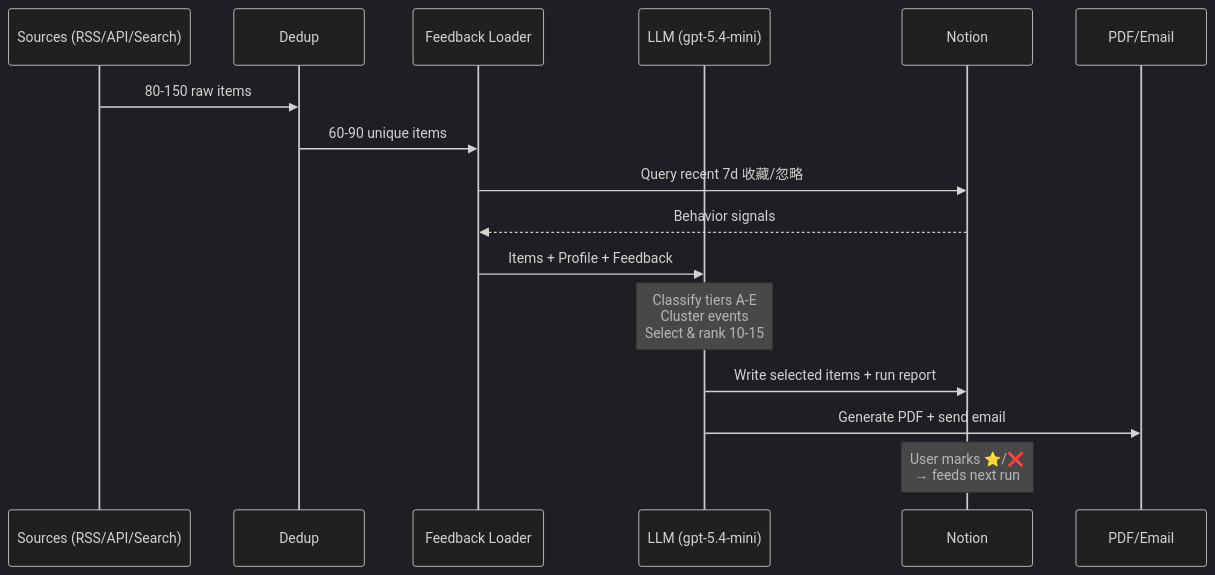
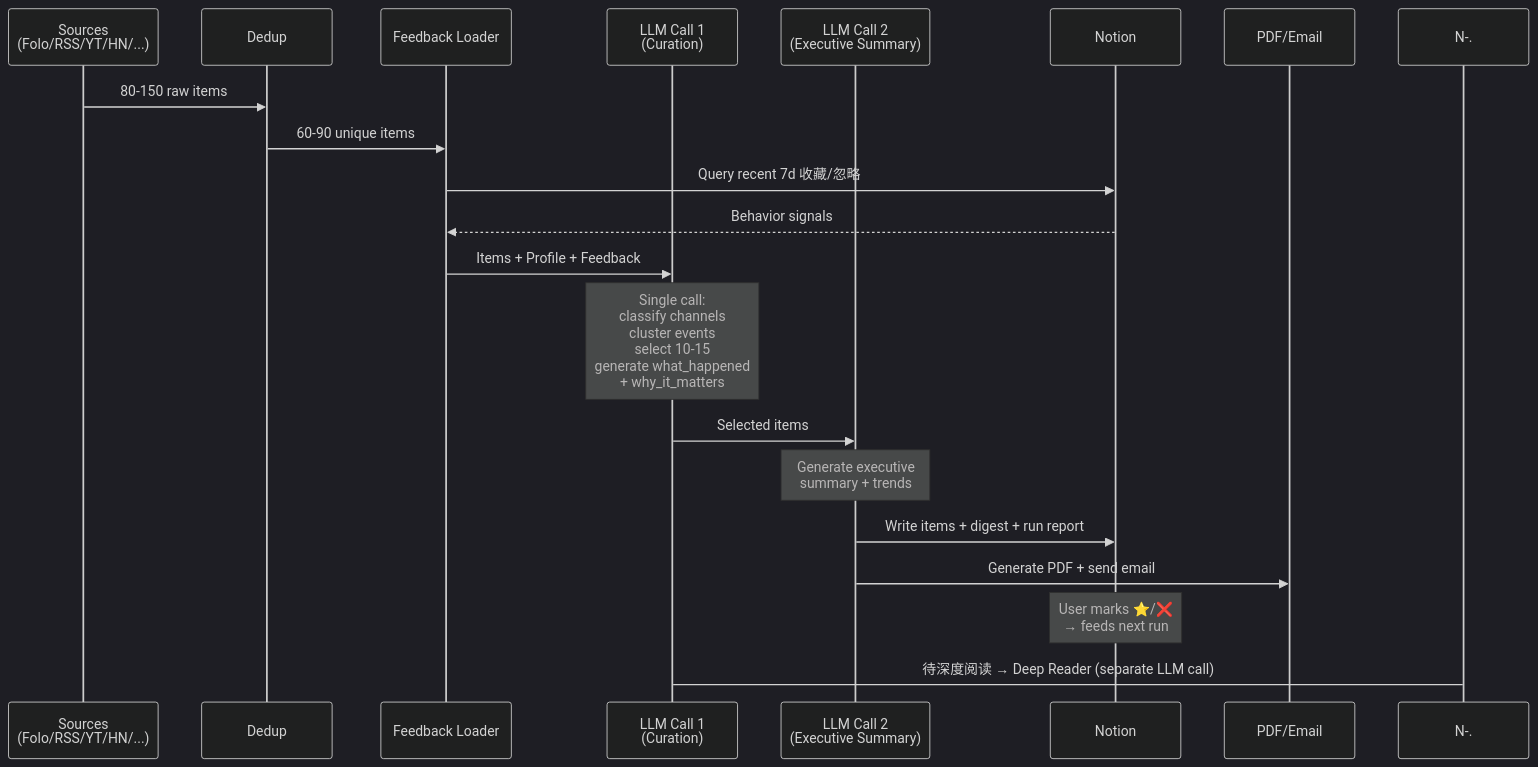
Before and after one commit to AlexZWANG1/RSS-Notion: the third of 3 diagrams in README.md, drawn with Mermaid (dark theme). The commit also changed other lines of this file, not shown here.

First line of the commit message:
docs: update README + Notion config with Deep Reader, new architecture

````diff
--- a/README.md
+++ b/README.md
@@ -224,19 +257,23 @@
 ```mermaid
 sequenceDiagram
-    participant S as Sources (RSS/API/Search)
+    participant S as Sources<br/>(Folo/RSS/YT/HN/...)
     participant D as Dedup
     participant F as Feedback Loader
-    participant L as LLM (gpt-5.4-mini)
+    participant L1 as LLM Call 1<br/>(Curation)
+    participant L2 as LLM Call 2<br/>(Executive Summary)
     participant N as Notion
     participant P as PDF/Email
 
     S->>D: 80-150 raw items
     D->>F: 60-90 unique items
     F->>N: Query recent 7d 收藏/忽略
     N-->>F: Behavior signals
-    F->>L: Items + Profile + Feedback
-    Note over L: Classify tiers A-E<br/>Cluster events<br/>Select & rank 10-15
-    L->>N: Write selected items + run report
-    L->>P: Generate PDF + send email
+    F->>L1: Items + Profile + Feedback
+    Note over L1: Single call:<br/>classify channels<br/>cluster events<br/>select 10-15<br/>generate what_happened<br/>+ why_it_matters
+    L1->>L2: Selected items
+    Note over L2: Generate executive<br/>summary + trends
+    L2->>N: Write items + digest + run report
+    L2->>P: Generate PDF + send email
     Note over N: User marks ⭐/❌<br/>→ feeds next run
+    N-.->L1: 待深度阅读 → Deep Reader (separate LLM call)
 ```
````
